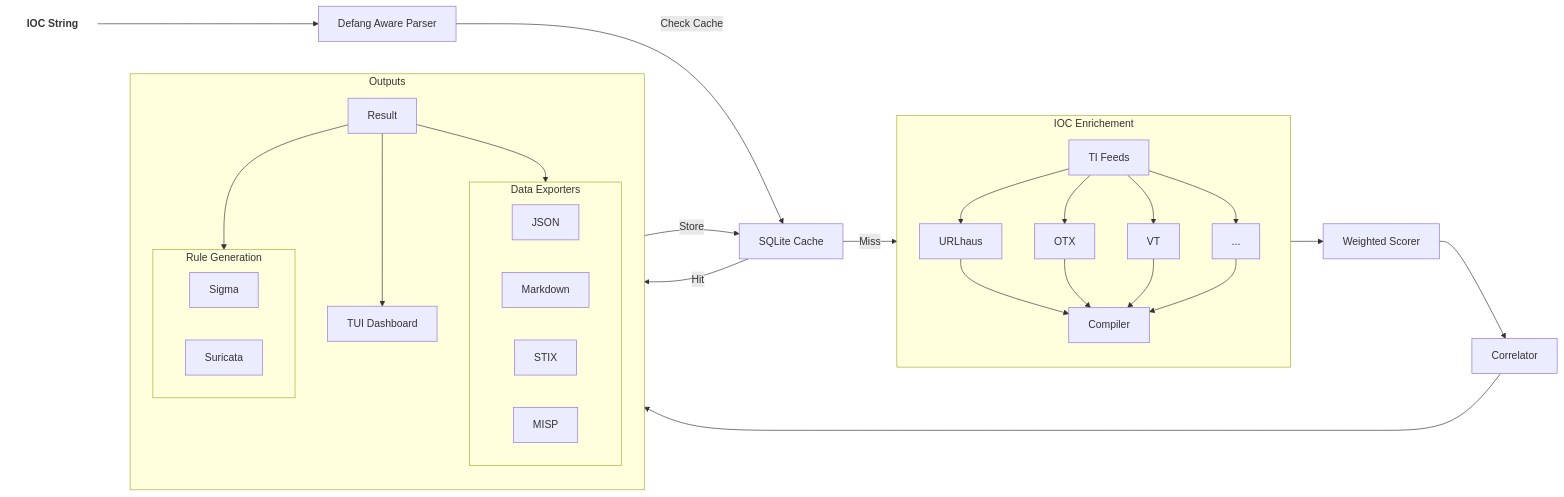
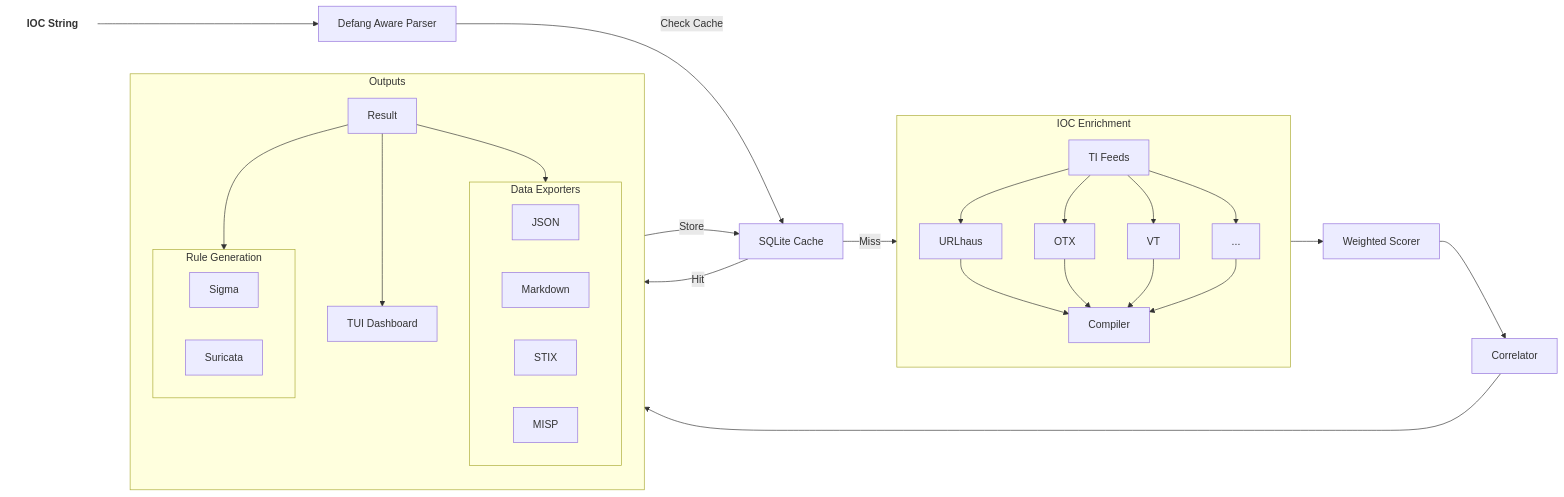
The diagram in README.md (mrdonlee/ioc-hunter), drawn with Mermaid before and after one commit. The commit also changed other lines of this file and 1 other file, not shown here.

Commit message:
docs(readme): clarify uv vs pip setup options; fix Mermaid typo; use uv run in CI

````diff
--- a/README.md
+++ b/README.md
@@ -665,63 +669,63 @@
 ```mermaid
 flowchart LR
     %% Node Definitions
     IOC[IOC String]
     Parser[Defang Aware Parser]
     Cache[SQLite Cache]
 
-    subgraph Enrichment [IOC Enrichement]
+    subgraph Enrichment [IOC Enrichment]
         direction TB
         Orchestrator[TI Feeds]
         Compiler[Compiler]
 
         Orchestrator --> URLHaus[URLhaus]
         Orchestrator --> OTX[OTX]
         Orchestrator --> VT[VT]
         Orchestrator --> More[...]
 
         URLHaus --> Compiler
         OTX --> Compiler
         VT --> Compiler
         More --> Compiler
     end
 
     Scorer[Weighted Scorer]
     Correlator[Correlator]
 
     subgraph Output [Outputs]
         direction TB
         Result
 
         subgraph Exporters [Data Exporters]
             JSON[JSON]
             MD[Markdown]
             STIX[STIX]
             MISP[MISP]
         end
 
         subgraph RuleGen [Rule Generation]
             Sigma[Sigma]
             Suricata[Suricata]
         end
 
         Dashboard[TUI Dashboard]
     end
 
     %% Flow Connections
     IOC --> Parser
     Parser --> |Check Cache| Cache
 
     Cache -->|Hit| Output
     Cache -->|Miss| Orchestrator
 
     Compiler --> Scorer
     Scorer --> Correlator
     Correlator --> Result
     Result -->|Store| Cache
     Result --> Exporters
     Result --> RuleGen
     Result --> Dashboard
 
     %% Styling
     style IOC fill:none,stroke:none,font-weight:bold
 ```
````
